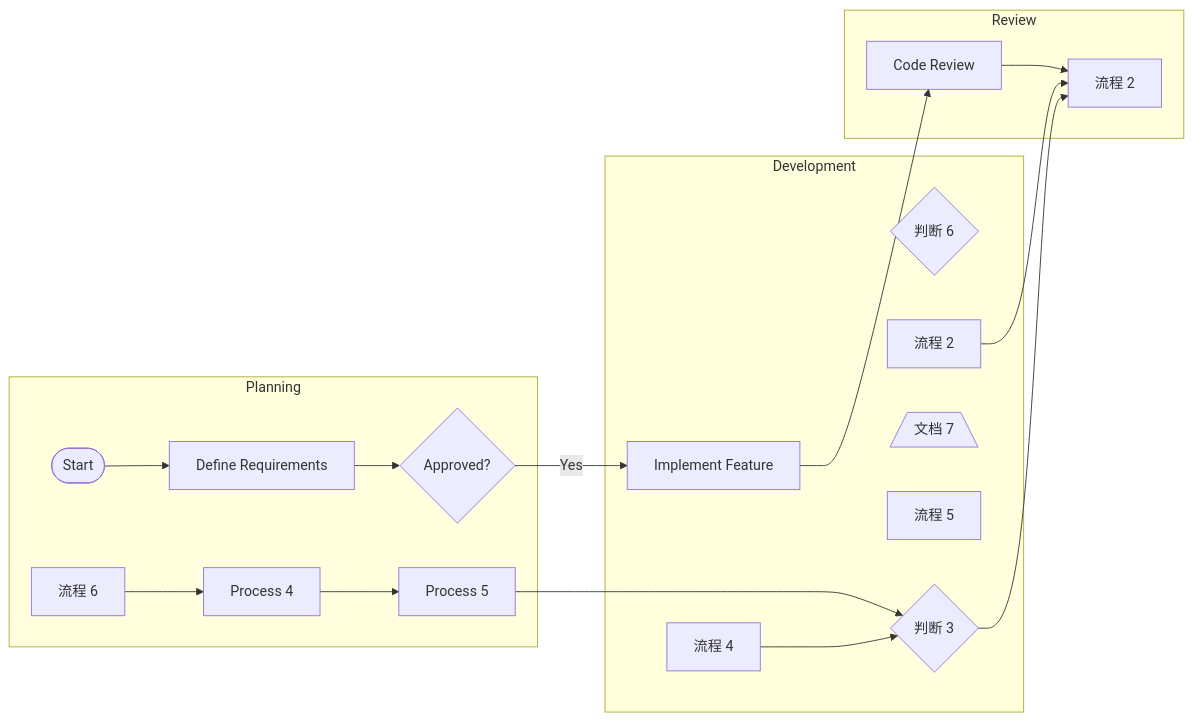
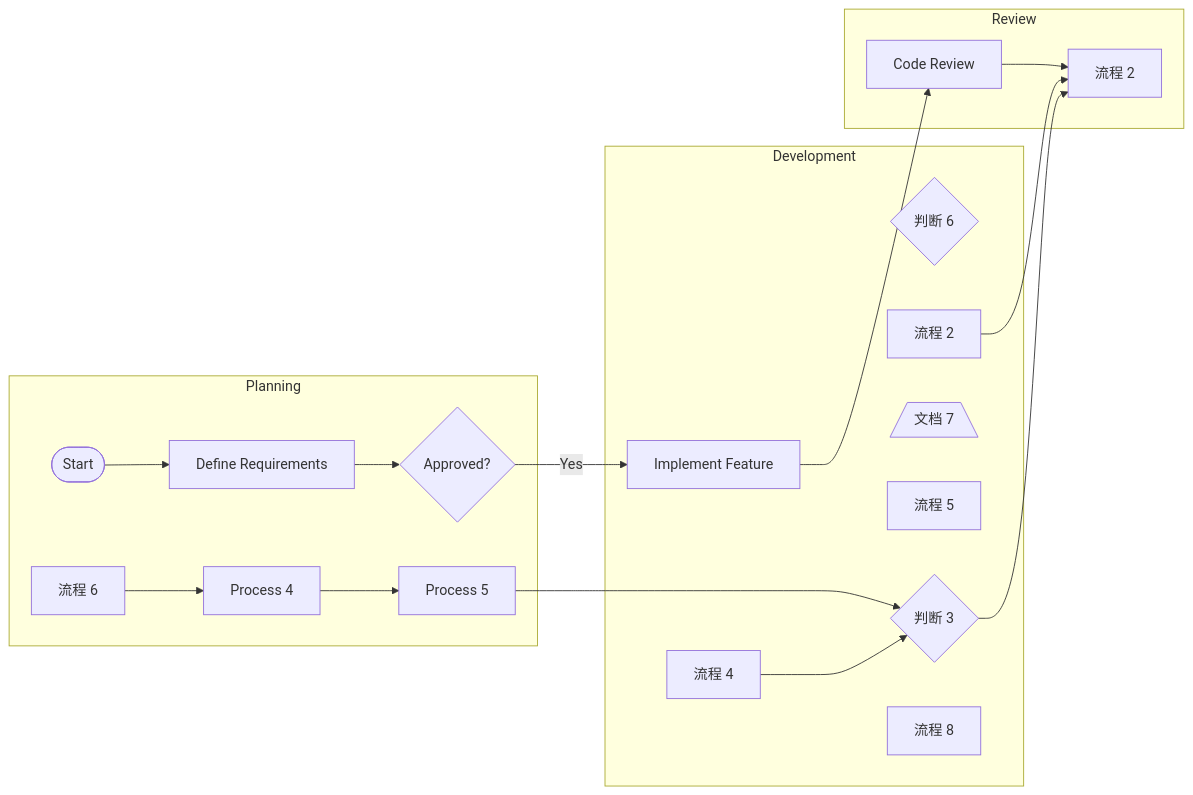
Before and after one commit to pingpm/mermaid_vault: the diagram in notes/12323_41681640-9752-48cb-9907-d6624d5d20d0.md, drawn with Mermaid. The commit also changed 3 other files, not shown here.

Commit message:
Sync Mermaid Studio data (15 diagrams)

````diff
--- a/notes/12323_41681640-9752-48cb-9907-d6624d5d20d0.md
+++ b/notes/12323_41681640-9752-48cb-9907-d6624d5d20d0.md
@@ -3,36 +3,37 @@
 ```mermaid
 flowchart LR
   subgraph lane_0["Planning"]
     t_0{"Approved?"}
     t_1(["Start"])
     t_2["Define Requirements"]
     t_3["流程 6"]
     t_4["Process 4"]
     t_5["Process 5"]
   end
   subgraph lane_1["Development"]
     t_6{"判断 6"}
     t_7["流程 4"]
     t_8["Implement Feature"]
     t_9{"判断 3"}
     t_10[/"文档 7"\]
     t_11["流程 5"]
     t_12["流程 2"]
+    t_13["流程 8"]
   end
   subgraph lane_2["Review"]
-    t_13["Code Review"]
-    t_14["流程 2"]
+    t_14["Code Review"]
+    t_15["流程 2"]
   end
   t_1 --> t_2
   t_2 --> t_0
   t_0 -->|"Yes"| t_8
-  t_8 --> t_13
-  t_13 --> t_14
-  t_12 --> t_14
+  t_8 --> t_14
+  t_14 --> t_15
+  t_12 --> t_15
   t_3 --> t_4
   t_4 --> t_5
   t_5 --> t_9
   t_7 --> t_9
-  t_9 --> t_14
+  t_9 --> t_15
 
 ```
````
